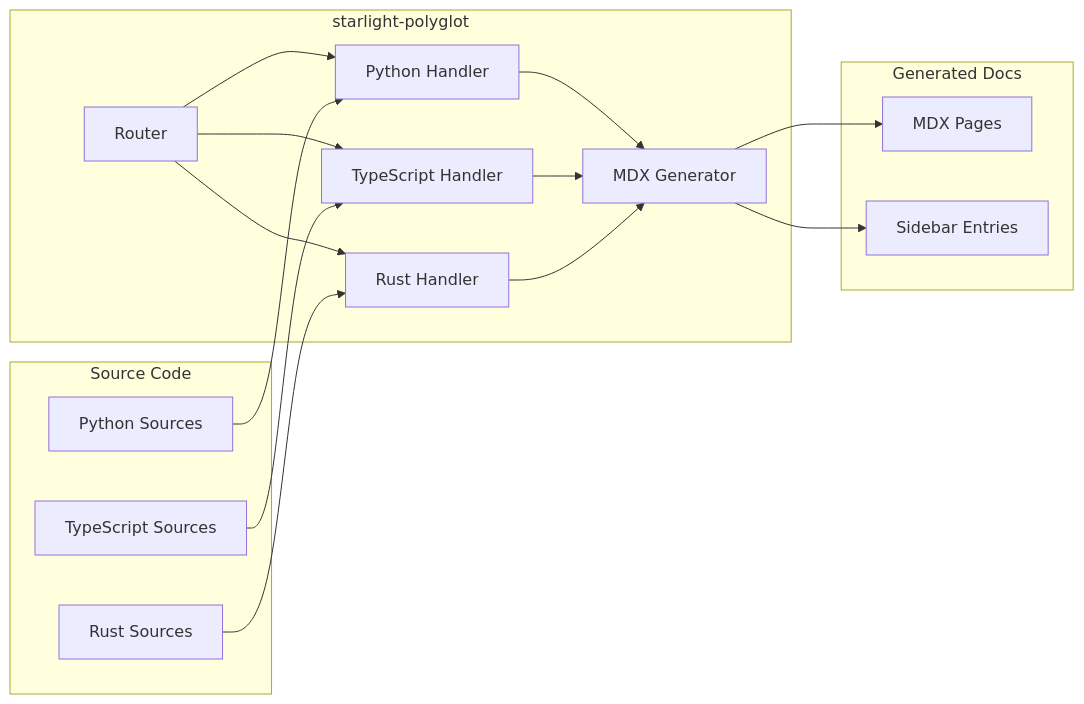
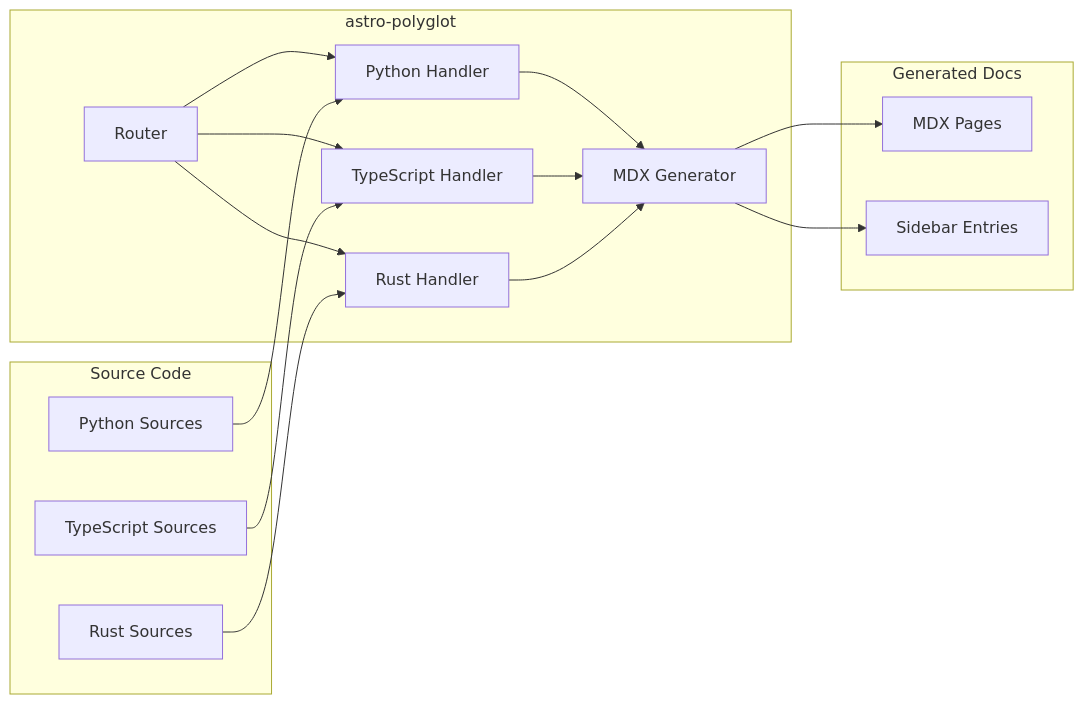
Before and after one commit to edithatogo/astro-polyglot: the diagram in docs/astro-site/src/content/docs/latest/index.mdx, drawn with Mermaid. The commit also changed other lines of this file and 145 other files, not shown here.

````diff
--- a/docs/astro-site/src/content/docs/latest/index.mdx
+++ b/docs/astro-site/src/content/docs/latest/index.mdx
@@ -31,23 +31,23 @@
 ```mermaid
 flowchart LR
     subgraph Sources["Source Code"]
         PY[Python Sources]
         TS[TypeScript Sources]
         RS[Rust Sources]
     end
-    subgraph Plugin["starlight-polyglot"]
+    subgraph Plugin["astro-polyglot"]
         ROUTER[Router] --> PYH[Python Handler]
         ROUTER --> TSH[TypeScript Handler]
         ROUTER --> RSH[Rust Handler]
         PYH --> MDXGEN[MDX Generator]
         TSH --> MDXGEN
         RSH --> MDXGEN
     end
     subgraph Output["Generated Docs"]
         MDXGEN --> MDX[MDX Pages]
         MDXGEN --> SIDEBAR[Sidebar Entries]
     end
     PY --> PYH
     TS --> TSH
     RS --> RSH
 ```
````
